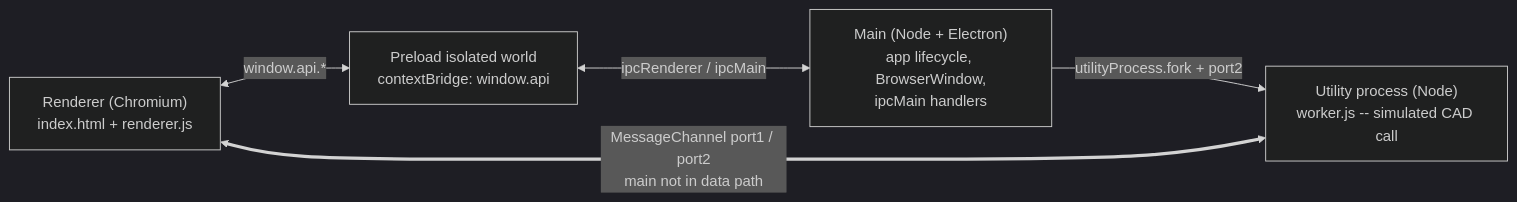
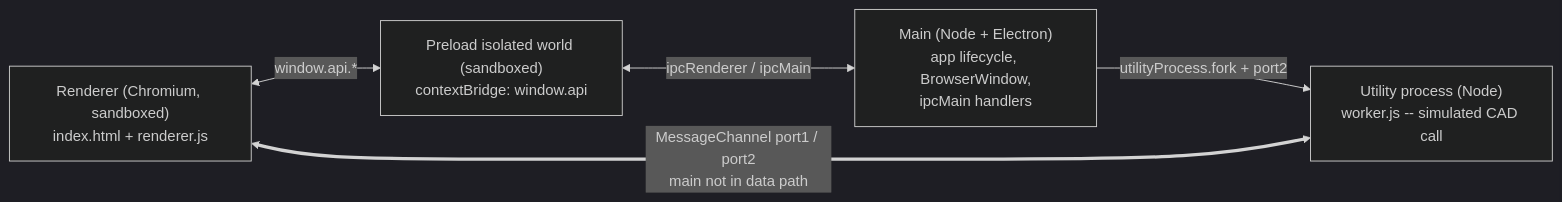
Before and after one commit to morsmodr/electron-demo: the first of 3 diagrams in README.md, drawn with Mermaid (dark theme). The commit also changed other lines of this file and 3 other files, not shown here.

Commit message:
ensuring process are sanboxed, ensuring electronAPI through preload is present in main.js

````diff
--- a/README.md
+++ b/README.md
@@ -17,12 +17,12 @@
 ```mermaid
 flowchart LR
-    Renderer["Renderer (Chromium)<br/>index.html + renderer.js"]
-    Preload["Preload isolated world<br/>contextBridge: window.api"]
+    Renderer["Renderer (Chromium, sandboxed)<br/>index.html + renderer.js"]
+    Preload["Preload isolated world (sandboxed)<br/>contextBridge: window.api"]
     Main["Main (Node + Electron)<br/>app lifecycle, BrowserWindow,<br/>ipcMain handlers"]
     Worker["Utility process (Node)<br/>worker.js -- simulated CAD call"]
 
     Renderer <-- "window.api.*" --> Preload
     Preload <-- "ipcRenderer / ipcMain" --> Main
     Main -- "utilityProcess.fork + port2" --> Worker
     Renderer <== "MessageChannel port1 / port2<br/>main not in data path" ==> Worker
 ```
````
